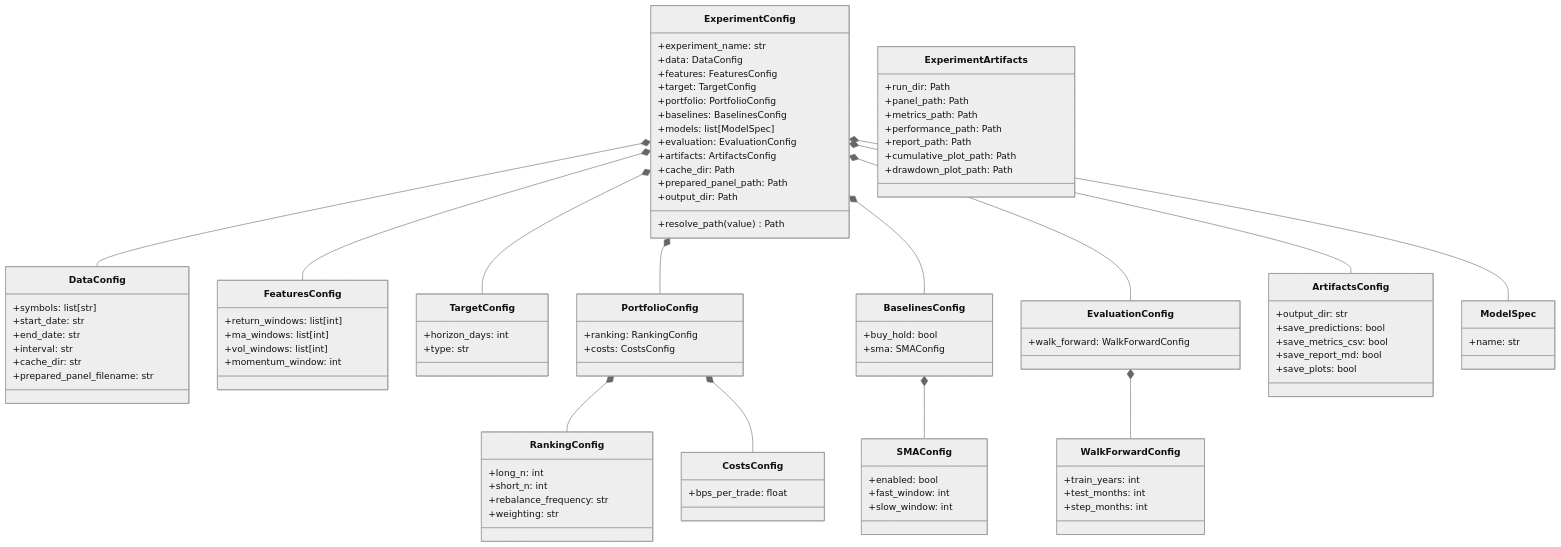
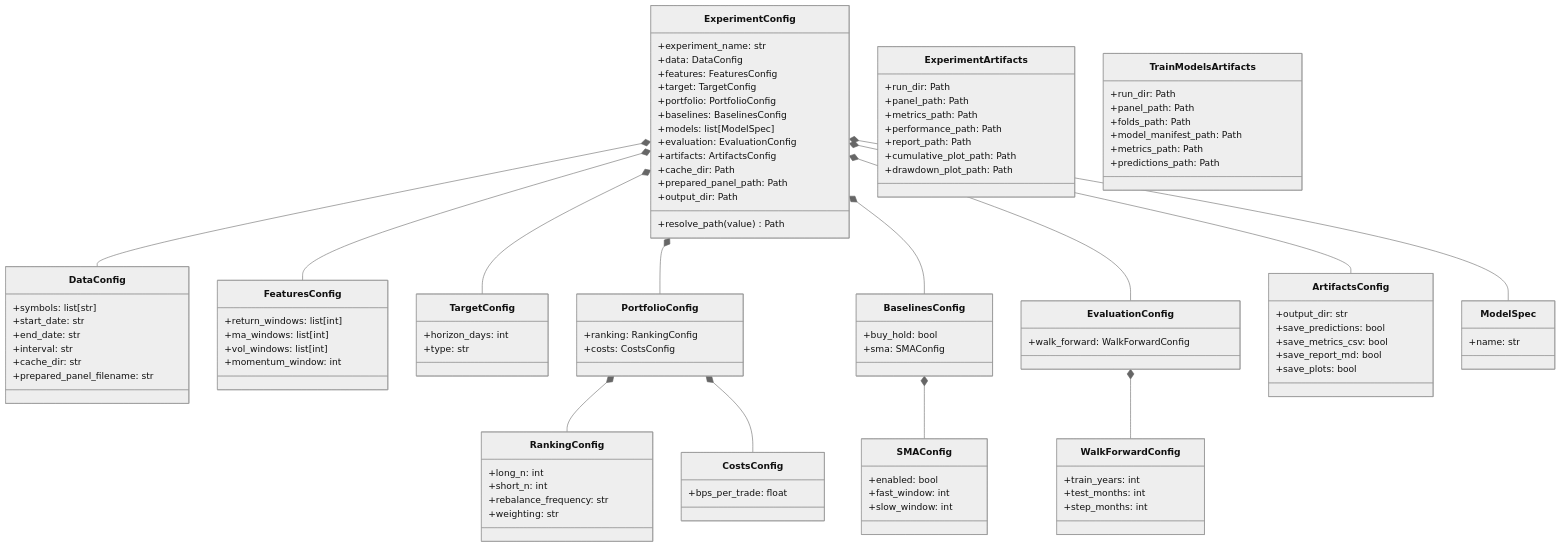
Before and after one commit to ricardogr07/market-lab: the fourth of 4 diagrams in ARCHITECTURE.md, drawn with Mermaid (neutral theme). The commit also changed other lines of this file, not shown here.

Commit message:
docs: update architecture for train-models flow

```diff
--- a/ARCHITECTURE.md
+++ b/ARCHITECTURE.md
@@ -211,6 +254,15 @@
       +drawdown_plot_path: Path
     }
 
+    class TrainModelsArtifacts {
+      +run_dir: Path
+      +panel_path: Path
+      +folds_path: Path
+      +model_manifest_path: Path
+      +metrics_path: Path
+      +predictions_path: Path
+    }
+
     ExperimentConfig *-- DataConfig
     ExperimentConfig *-- FeaturesConfig
     ExperimentConfig *-- TargetConfig
```
